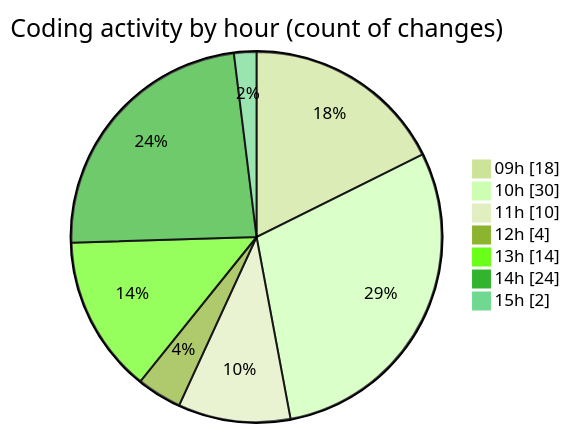
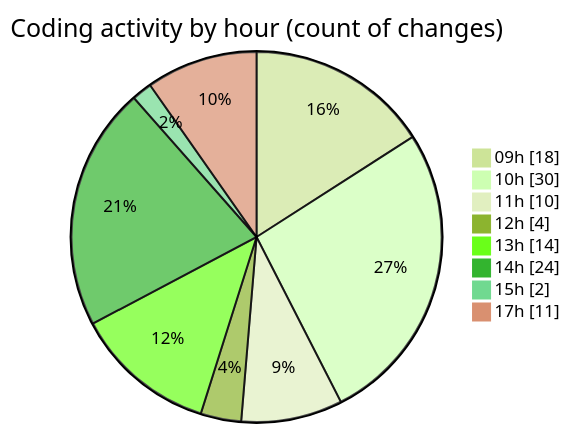
One commit to momahboobian/code-tracking changed the second of 2 diagrams in 2026-09-23/cda/README.md. Above: the diagram before and after it, drawn with Mermaid (forest theme). The commit also changed other lines of this file and 1 other file, not shown here.

````diff
--- a/2026-09-23/cda/README.md
+++ b/2026-09-23/cda/README.md
@@ -67,11 +69,12 @@
 ```mermaid
 pie showData
 title Coding activity by hour (count of changes)
 "09h" : 18
 "10h" : 30
 "11h" : 10
 "12h" : 4
 "13h" : 14
 "14h" : 24
 "15h" : 2
+"17h" : 11
 ```
````
